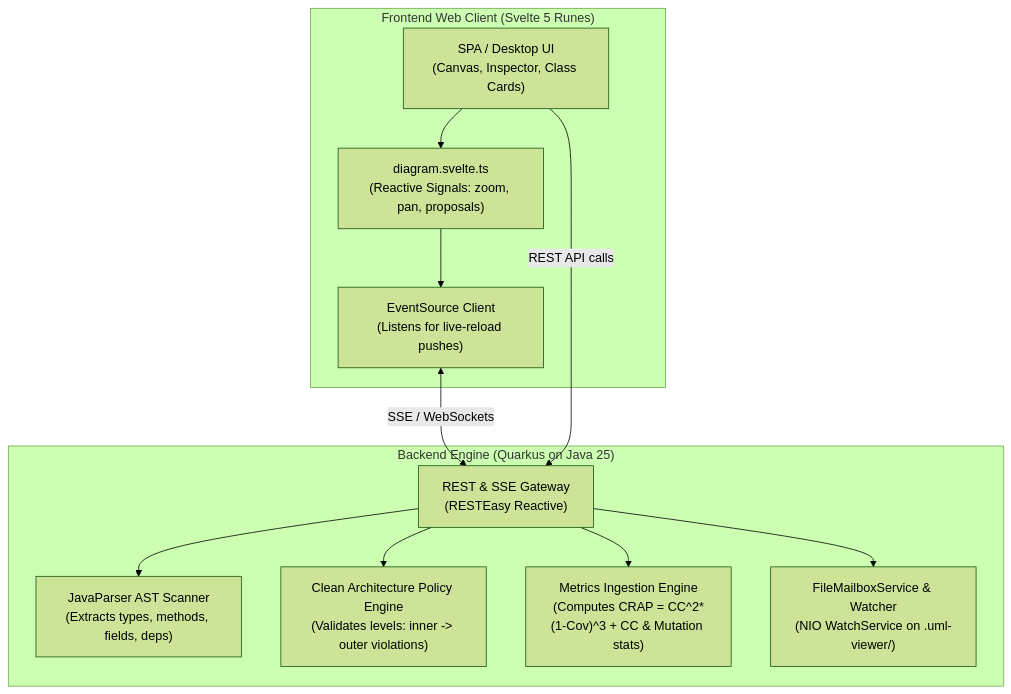
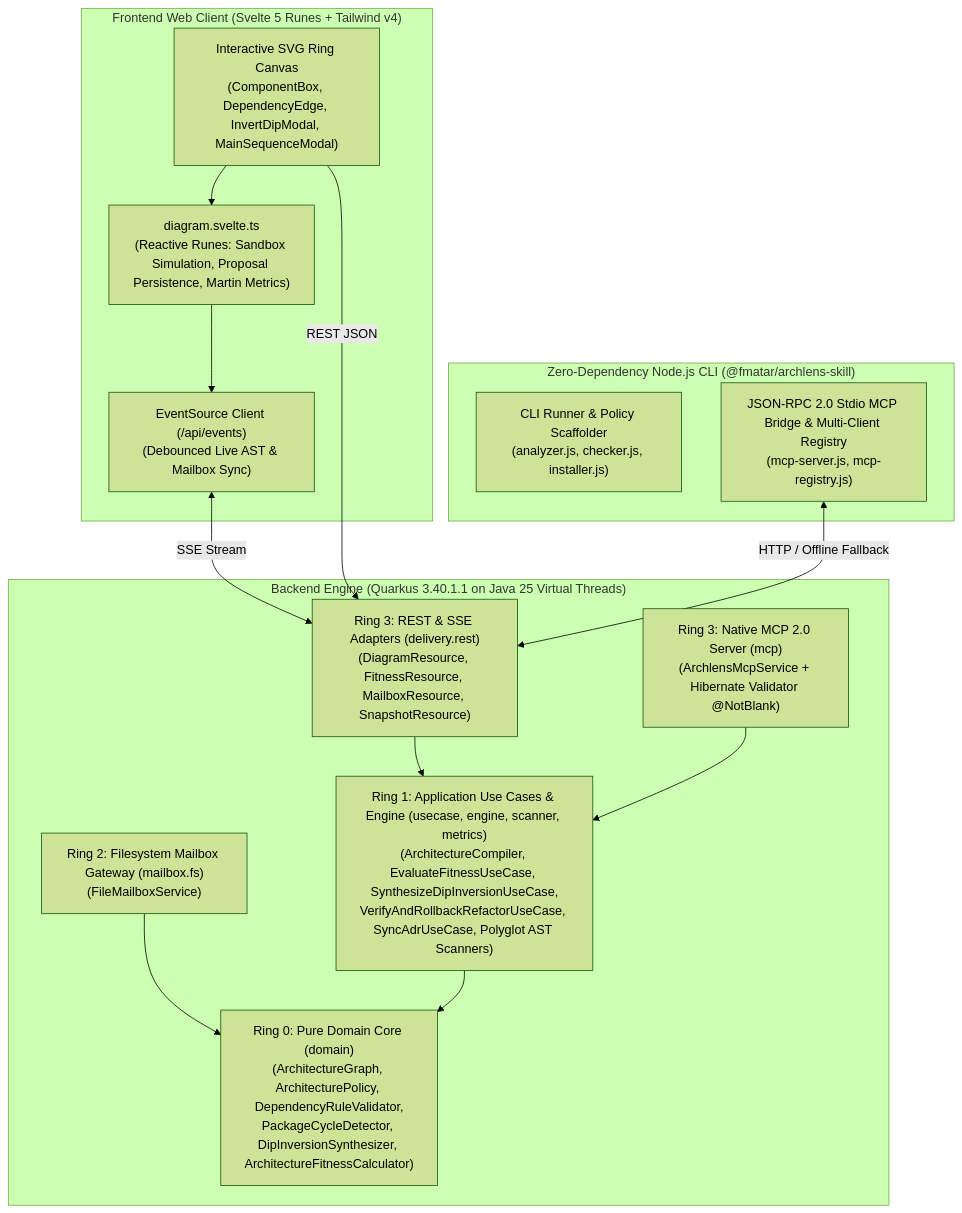
One commit to fmatar/archlens changed the second of 2 diagrams in docs/specs/C4_ARCHITECTURE.md. Above: the diagram before and after it, drawn with Mermaid (forest theme). The commit also changed other lines of this file and 18 other files, not shown here.

Commit message:
docs(mcp): modernize README & docs with multi-agent local MCP setup, add CONTRIBUTORS.md, and harden CI/branch protection (closes #200)

````diff
--- a/docs/specs/C4_ARCHITECTURE.md
+++ b/docs/specs/C4_ARCHITECTURE.md
@@ -28,25 +31,31 @@
 ```mermaid
 flowchart TD
-    subgraph FrontendContainer ["Frontend Web Client (Svelte 5 Runes)"]
-        UI["SPA / Desktop UI\n(Canvas, Inspector, Class Cards)"]
-        State["diagram.svelte.ts\n(Reactive Signals: zoom, pan, proposals)"]
-        SSEListener["EventSource Client\n(Listens for live-reload pushes)"]
+    subgraph FrontendContainer ["Frontend Web Client (Svelte 5 Runes + Tailwind v4)"]
+        UI["Interactive SVG Ring Canvas\n(ComponentBox, DependencyEdge, InvertDipModal, MainSequenceModal)"]
+        State["diagram.svelte.ts\n(Reactive Runes: Sandbox Simulation, Proposal Persistence, Martin Metrics)"]
+        SSEListener["EventSource Client (/api/events)\n(Debounced Live AST & Mailbox Sync)"]
     end
 
-    subgraph BackendContainer ["Backend Engine (Quarkus on Java 25)"]
-        API["REST & SSE Gateway\n(RESTEasy Reactive)"]
-        Scanner["JavaParser AST Scanner\n(Extracts types, methods, fields, deps)"]
-        RuleEngine["Clean Architecture Policy Engine\n(Validates levels: inner -> outer violations)"]
-        MetricsEngine["Metrics Ingestion Engine\n(Computes CRAP = CC^2*(1-Cov)^3 + CC & Mutation stats)"]
-        MailboxSvc["FileMailboxService & Watcher\n(NIO WatchService on .uml-viewer/)"]
+    subgraph CliContainer ["Zero-Dependency Node.js CLI (@fmatar/archlens-skill)"]
+        CliBin["CLI Runner & Policy Scaffolder\n(analyzer.js, checker.js, installer.js)"]
+        McpStdio["JSON-RPC 2.0 Stdio MCP Bridge & Multi-Client Registry\n(mcp-server.js, mcp-registry.js)"]
+    end
+
+    subgraph BackendContainer ["Backend Engine (Quarkus 3.40.1.1 on Java 25 Virtual Threads)"]
+        RestDelivery["Ring 3: REST & SSE Adapters (delivery.rest)\n(DiagramResource, FitnessResource, MailboxResource, SnapshotResource)"]
+        McpDelivery["Ring 3: Native MCP 2.0 Server (mcp)\n(ArchlensMcpService + Hibernate Validator @NotBlank)"]
+        MailboxAdapter["Ring 2: Filesystem Mailbox Gateway (mailbox.fs)\n(FileMailboxService)"]
+        UseCases["Ring 1: Application Use Cases & Engine (usecase, engine, scanner, metrics)\n(ArchitectureCompiler, EvaluateFitnessUseCase, SynthesizeDipInversionUseCase,\nVerifyAndRollbackRefactorUseCase, SyncAdrUseCase, Polyglot AST Scanners)"]
+        DomainCore["Ring 0: Pure Domain Core (domain)\n(ArchitectureGraph, ArchitecturePolicy, DependencyRuleValidator,\nPackageCycleDetector, DipInversionSynthesizer, ArchitectureFitnessCalculator)"]
     end
 
     UI --> State
     State --> SSEListener
-    SSEListener <-->|SSE / WebSockets| API
-    UI -->|REST API calls| API
-    API --> RuleEngine
-    API --> Scanner
-    API --> MetricsEngine
-    API --> MailboxSvc
+    SSEListener <-->|SSE Stream| RestDelivery
+    UI -->|REST JSON| RestDelivery
+    McpStdio <-->|HTTP / Offline Fallback| RestDelivery
+    RestDelivery --> UseCases
+    McpDelivery --> UseCases
+    MailboxAdapter --> DomainCore
+    UseCases --> DomainCore
 ```
````
